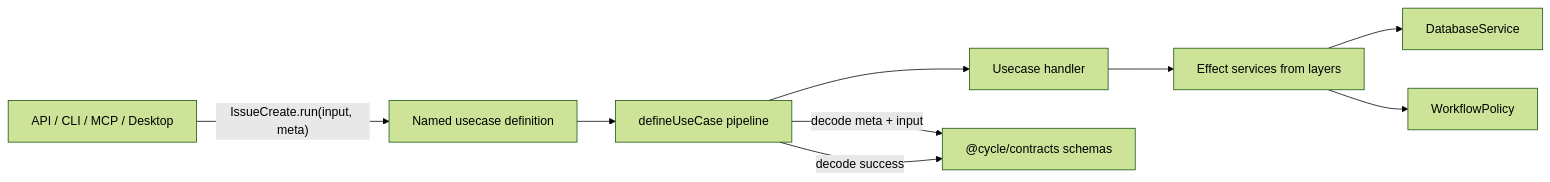
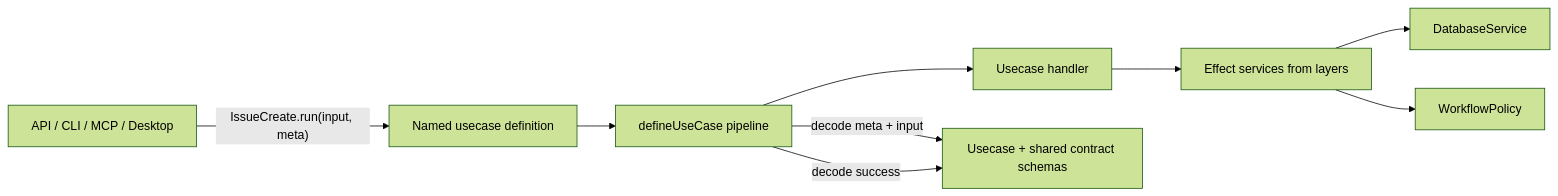
One commit to robertpitt/cycle changed the diagram in packages/usecases/README.md. Above: the diagram before and after it, drawn with Mermaid (forest theme). The commit also changed other lines of this file and 230 other files, not shown here.

````diff
--- a/packages/usecases/README.md
+++ b/packages/usecases/README.md
@@ -60,20 +61,20 @@
 ```mermaid
 flowchart LR
   App["API / CLI / MCP / Desktop"]
   Definition["Named usecase definition"]
   Pipeline["defineUseCase pipeline"]
   Handler["Usecase handler"]
   Services["Effect services from layers"]
-  Contracts["@cycle/contracts schemas"]
+  Contracts["Usecase + shared contract schemas"]
   Database["DatabaseService"]
   Policy["WorkflowPolicy"]
 
   App -->|"IssueCreate.run(input, meta)"| Definition
   Definition --> Pipeline
   Pipeline -->|"decode meta + input"| Contracts
   Pipeline --> Handler
   Handler --> Services
   Services --> Database
   Services --> Policy
   Pipeline -->|"decode success"| Contracts
 ```
````
